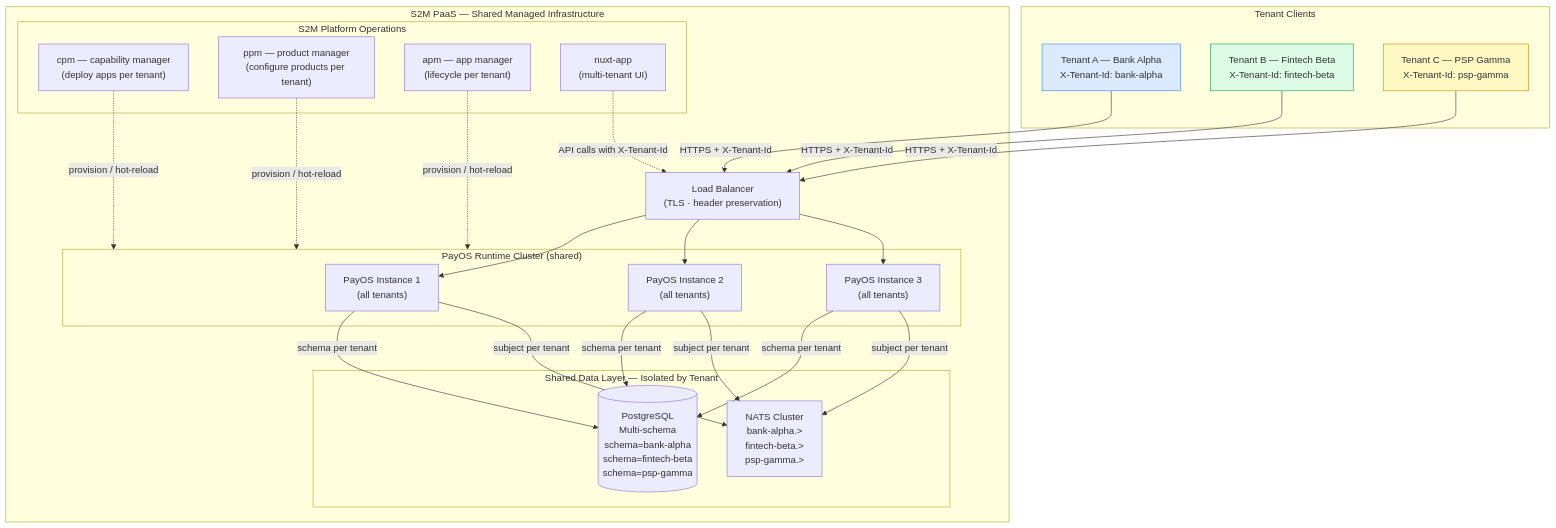
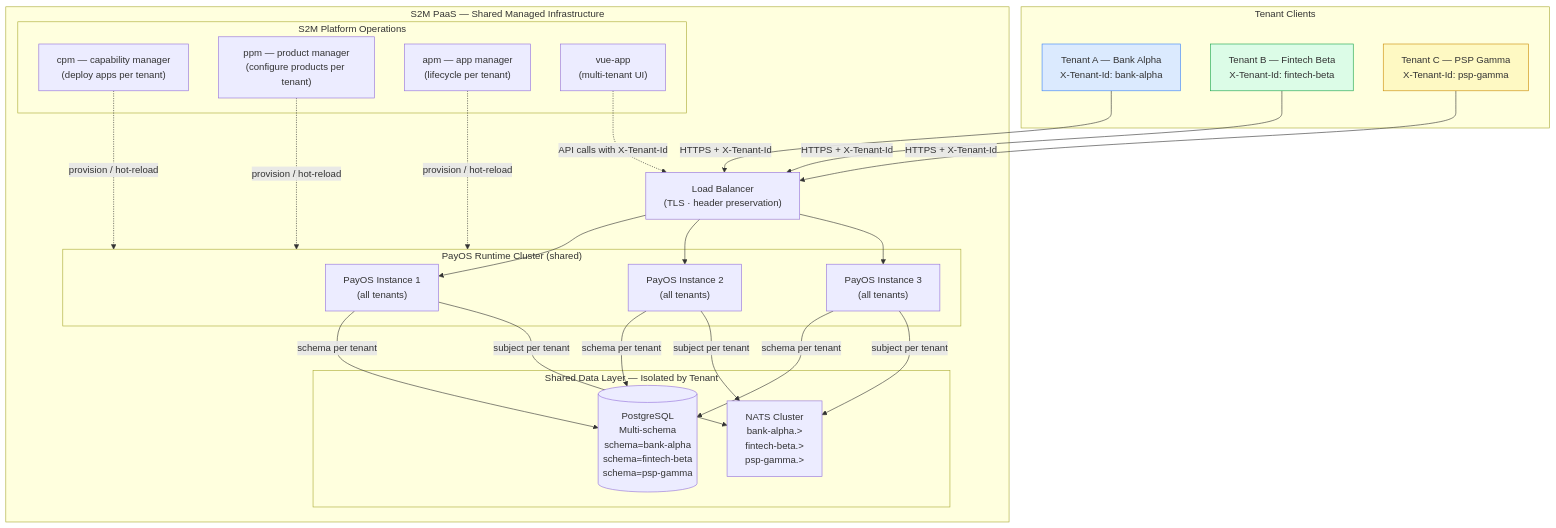
One commit to asebban/payos-docs changed the fifth of 5 diagrams in overview/stack/technology-stack.md. Above: the diagram before and after it, drawn with Mermaid. The commit also changed other lines of this file and 23 other files, not shown here.

````diff
--- a/overview/stack/technology-stack.md
+++ b/overview/stack/technology-stack.md
@@ -669,41 +668,41 @@
 ```mermaid
 flowchart TB
     subgraph TENANTS["Tenant Clients"]
         T1["Tenant A — Bank Alpha\nX-Tenant-Id: bank-alpha"]
         T2["Tenant B — Fintech Beta\nX-Tenant-Id: fintech-beta"]
         T3["Tenant C — PSP Gamma\nX-Tenant-Id: psp-gamma"]
     end
 
     subgraph PAAS["S2M PaaS — Shared Managed Infrastructure"]
         LB_P["Load Balancer\n(TLS · header preservation)"]
 
         subgraph RUNTIME["PayOS Runtime Cluster (shared)"]
             R1["PayOS Instance 1\n(all tenants)"]
             R2["PayOS Instance 2\n(all tenants)"]
             R3["PayOS Instance 3\n(all tenants)"]
         end
 
         subgraph DATA["Shared Data Layer — Isolated by Tenant"]
             PG_MT[("PostgreSQL\nMulti-schema\nschema=bank-alpha\nschema=fintech-beta\nschema=psp-gamma")]
             NATS_MT["NATS Cluster\nbank-alpha.>\nfintech-beta.>\npsp-gamma.>"]
         end
 
         subgraph MGMT["S2M Platform Operations"]
             CPM_S["cpm — capability manager\n(deploy apps per tenant)"]
             PPM_S["ppm — product manager\n(configure products per tenant)"]
             APM_S["apm — app manager\n(lifecycle per tenant)"]
-            NUXT["nuxt-app\n(multi-tenant UI)"]
+            VUEAPP["vue-app\n(multi-tenant UI)"]
         end
     end
 
     T1 & T2 & T3 -->|HTTPS + X-Tenant-Id| LB_P
     LB_P --> R1 & R2 & R3
     R1 & R2 & R3 -->|schema per tenant| PG_MT
     R1 & R2 & R3 -->|subject per tenant| NATS_MT
     CPM_S & PPM_S & APM_S -.->|provision / hot-reload| RUNTIME
-    NUXT -.->|API calls with X-Tenant-Id| LB_P
+    VUEAPP -.->|API calls with X-Tenant-Id| LB_P
 
     style T1 fill:#dbeafe,stroke:#3b82f6
     style T2 fill:#dcfce7,stroke:#16a34a
     style T3 fill:#fef9c3,stroke:#ca8a04
 ```
````
